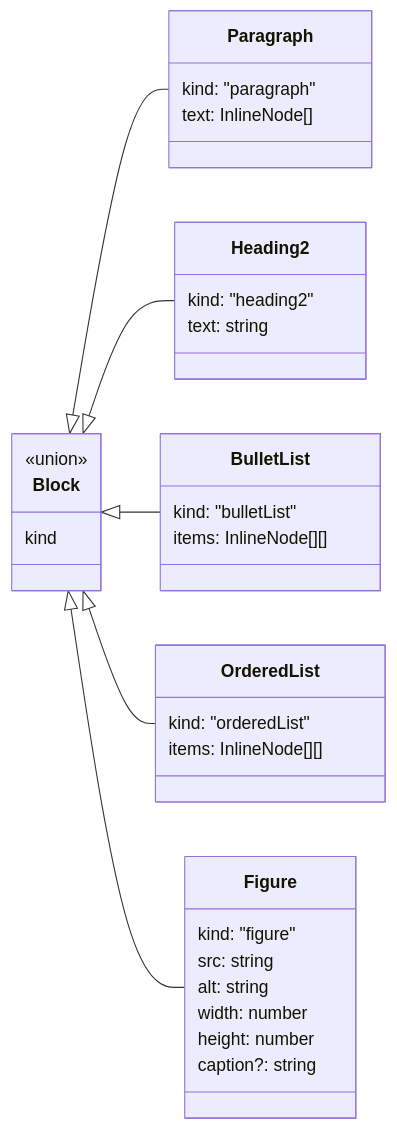
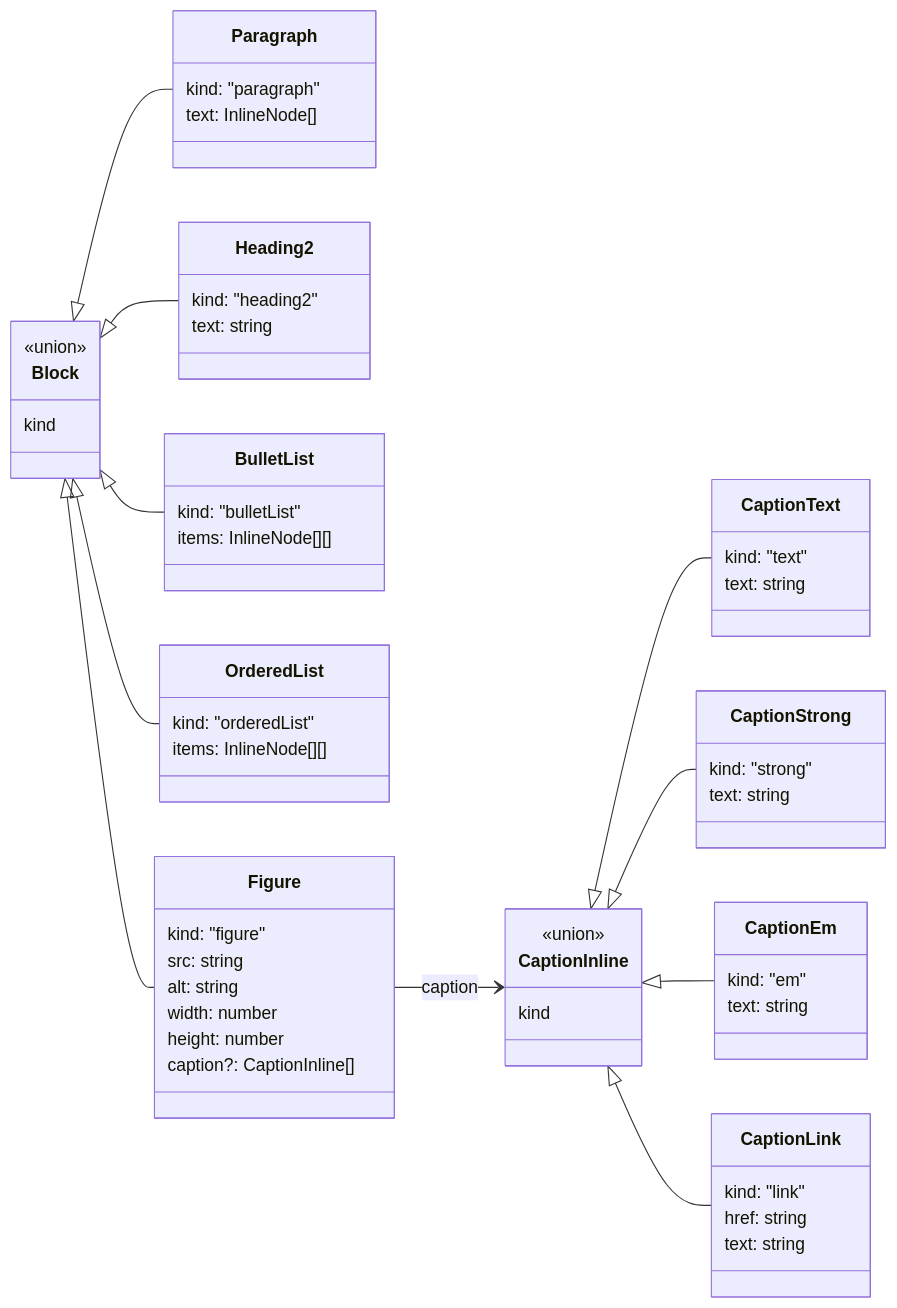
Before and after one commit to fieldsintelligence/fields-intelligence-web: the first of 2 diagrams in docs/architecture/blog-renderer.md, drawn with Mermaid. The commit also changed other lines of this file and 10 other files, not shown here.

First line of the commit message:
Blog: restore ZDR caption formatting and exact-host link checks (#43)

````diff
--- a/docs/architecture/blog-renderer.md
+++ b/docs/architecture/blog-renderer.md
@@ -27,37 +27,63 @@
 ```mermaid
 classDiagram
   direction LR
   class Block {
     <<union>>
     kind
   }
   class Paragraph {
     kind: "paragraph"
     text: InlineNode[]
   }
   class Heading2 {
     kind: "heading2"
     text: string
   }
   class BulletList {
     kind: "bulletList"
     items: InlineNode[][]
   }
   class OrderedList {
     kind: "orderedList"
     items: InlineNode[][]
   }
   class Figure {
     kind: "figure"
     src: string
     alt: string
     width: number
     height: number
-    caption?: string
+    caption?: CaptionInline[]
   }
+  class CaptionInline {
+    <<union>>
+    kind
+  }
+  class CaptionText {
+    kind: "text"
+    text: string
+  }
+  class CaptionStrong {
+    kind: "strong"
+    text: string
+  }
+  class CaptionEm {
+    kind: "em"
+    text: string
+  }
+  class CaptionLink {
+    kind: "link"
+    href: string
+    text: string
+  }
+  CaptionInline <|-- CaptionText
+  CaptionInline <|-- CaptionStrong
+  CaptionInline <|-- CaptionEm
+  CaptionInline <|-- CaptionLink
+  Figure --> CaptionInline : caption
   Block <|-- Paragraph
   Block <|-- Heading2
   Block <|-- BulletList
   Block <|-- OrderedList
   Block <|-- Figure
 ```
````
